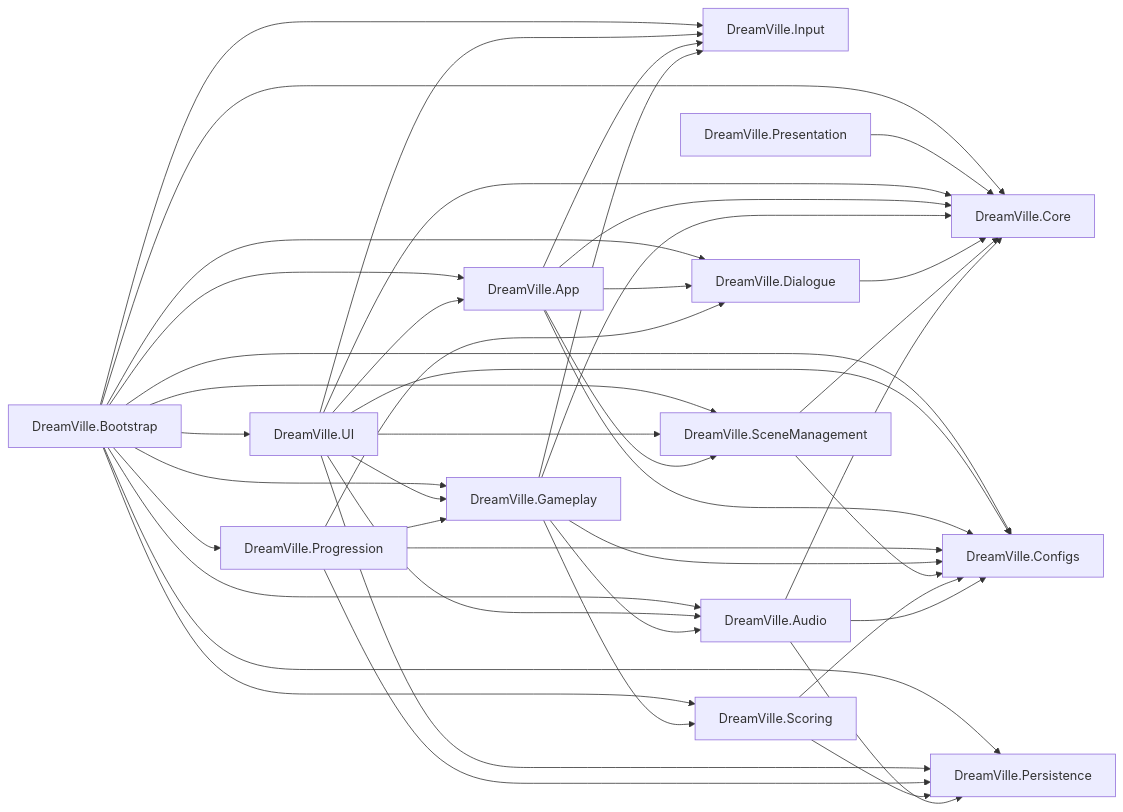
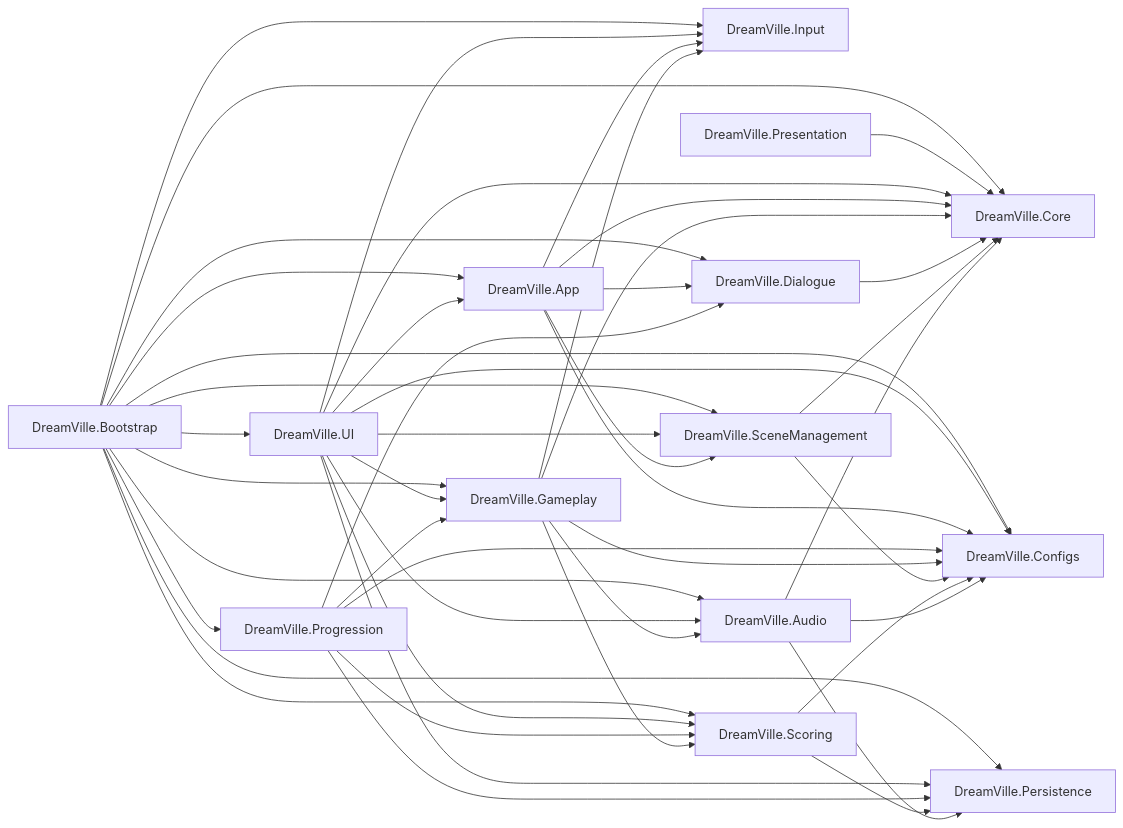
Before and after one commit to ruslanguba/DreamVille: the diagram in Docs/adr/0002-assembly-layering.md, drawn with Mermaid. The commit also changed other lines of this file and 7 other files, not shown here.

````diff
--- a/Docs/adr/0002-assembly-layering.md
+++ b/Docs/adr/0002-assembly-layering.md
@@ -14,61 +14,63 @@
 ```mermaid
 graph LR
     Configs[DreamVille.Configs]
     Core[DreamVille.Core]
     Input[DreamVille.Input]
     Persistence[DreamVille.Persistence]
     Audio[DreamVille.Audio]
     Scoring[DreamVille.Scoring]
     SceneManagement[DreamVille.SceneManagement]
     Dialogue[DreamVille.Dialogue]
     Gameplay[DreamVille.Gameplay]
     Progression[DreamVille.Progression]
     App[DreamVille.App]
     UI[DreamVille.UI]
     Presentation[DreamVille.Presentation]
     Bootstrap[DreamVille.Bootstrap]
 
     Audio --> Configs
     Audio --> Core
     Audio --> Persistence
     Scoring --> Configs
     Scoring --> Persistence
     SceneManagement --> Core
     SceneManagement --> Configs
     Dialogue --> Core
     Gameplay --> Audio
     Gameplay --> Configs
     Gameplay --> Core
     Gameplay --> Input
     Gameplay --> Scoring
     Progression --> Configs
     Progression --> Dialogue
     Progression --> Gameplay
     Progression --> Persistence
+    Progression --> Scoring
     App --> Configs
     App --> Core
     App --> Dialogue
     App --> Input
     App --> SceneManagement
     UI --> App
     UI --> Audio
     UI --> Configs
     UI --> Core
     UI --> Gameplay
     UI --> Input
     UI --> Persistence
     UI --> SceneManagement
+    UI --> Scoring
     Presentation --> Core
     Bootstrap --> App
     Bootstrap --> Audio
     Bootstrap --> Configs
     Bootstrap --> Core
     Bootstrap --> Dialogue
     Bootstrap --> Gameplay
     Bootstrap --> Input
     Bootstrap --> Persistence
     Bootstrap --> Progression
     Bootstrap --> SceneManagement
     Bootstrap --> Scoring
     Bootstrap --> UI
 ```
````
